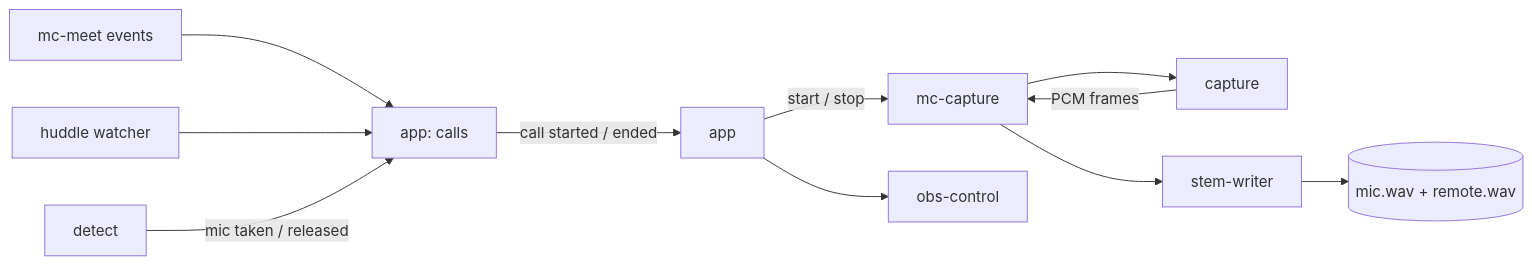
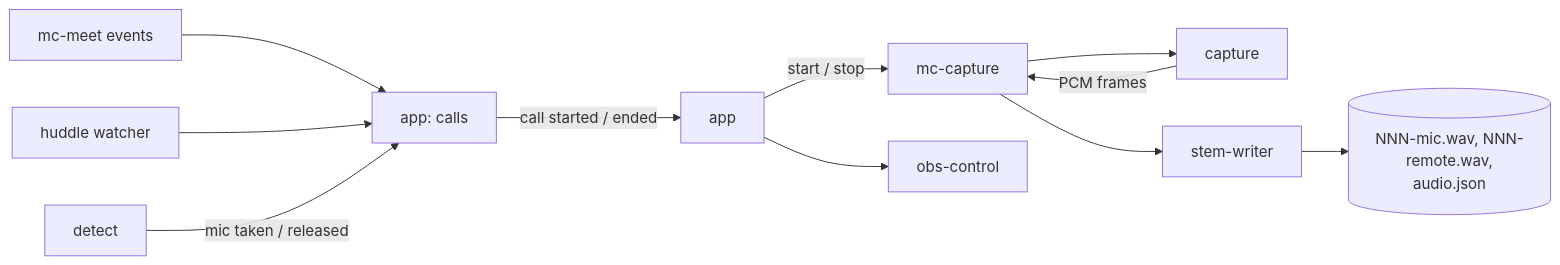
Before and after one commit to kujjwal02/meeting-capture: the sixth of 9 diagrams in docs/02-architecture.md, drawn with Mermaid. The commit also changed other lines of this file and 20 other files, not shown here.

First line of the commit message:
Write 16 kHz stems with host-time gap fill and a per-process audio.json

````diff
--- a/docs/02-architecture.md
+++ b/docs/02-architecture.md
@@ -157,13 +157,13 @@
 ```mermaid
 flowchart LR
     MEET["mc-meet events"] --> CALLS["app: calls"]
     HUD["huddle watcher"] --> CALLS
     DET["detect"] -->|mic taken / released| CALLS
     CALLS -->|call started / ended| APP["app"]
     APP -->|start / stop| HELPER["mc-capture"]
     APP --> OBS["obs-control"]
     HELPER --> CAP["capture"]
     CAP -->|PCM frames| HELPER
     HELPER --> STEM["stem-writer"]
-    STEM --> MEDIA[("mic.wav + remote.wav")]
+    STEM --> MEDIA[("NNN-mic.wav, NNN-remote.wav,<br/>audio.json")]
 ```
````
